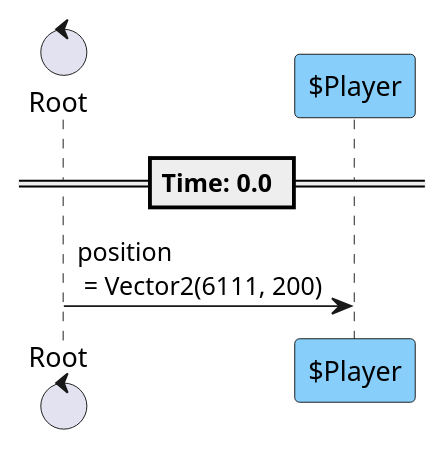
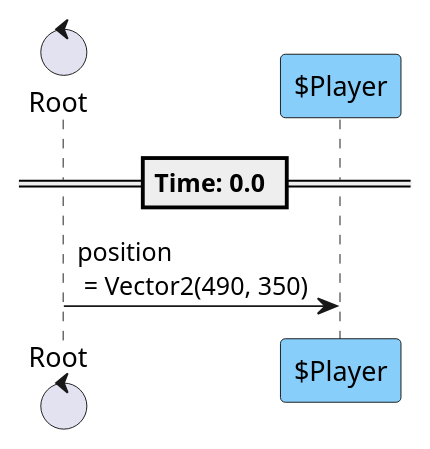
One commit to tkmfujise/Platformer-Game-Learning changed the second of 8 diagrams in content/scenes/src/chapters/0/stages/0/stage_0.tscn.adoc. Above: the diagram before and after it, drawn with PlantUML. The commit also changed other lines of this file and 13 other files, not shown here.

```diff
--- a/content/scenes/src/chapters/0/stages/0/stage_0.tscn.adoc
+++ b/content/scenes/src/chapters/0/stages/0/stage_0.tscn.adoc
@@ -308,12 +319,12 @@
 [plantuml]
 ....
 control "Root" as R
 participant "$Player" as T0 #87CEFA
 
 
 
 == Time: 0.0 ==
-R  ->  T0 : position\n = Vector2(6111, 200)
+R  ->  T0 : position\n = Vector2(490, 350)
 
 
 ....
```
